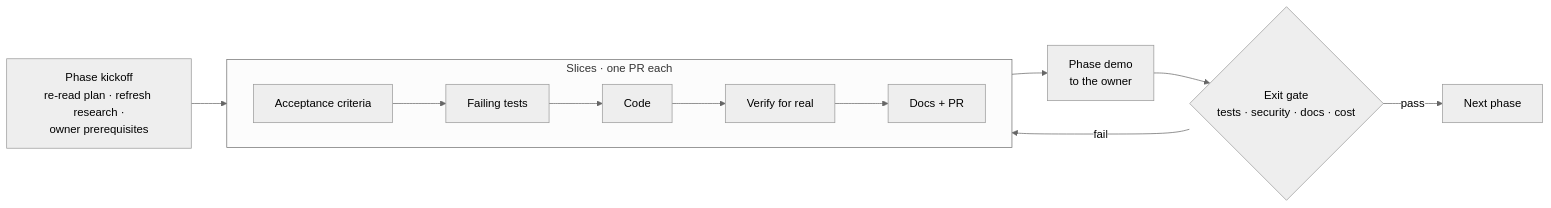
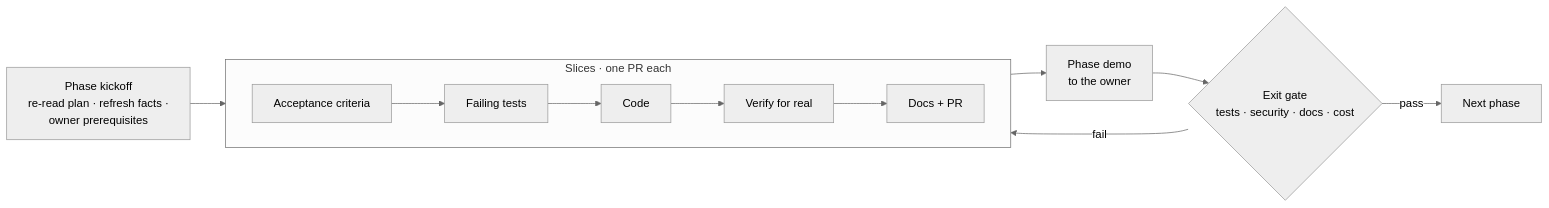
One commit to Tzvi1234/htco-platform changed the first of 2 diagrams in docs/plan/PLAN.md. Above: the diagram before and after it, drawn with Mermaid (neutral theme). The commit also changed other lines of this file and 99 other files, not shown here.

````diff
--- a/docs/plan/PLAN.md
+++ b/docs/plan/PLAN.md
@@ -16,12 +20,12 @@
 ```mermaid
 flowchart LR
-  start[Phase kickoff<br/>re-read plan · refresh research ·<br/>owner prerequisites] --> slices
+  start[Phase kickoff<br/>re-read plan · refresh facts ·<br/>owner prerequisites] --> slices
   subgraph slices[Slices · one PR each]
     direction LR
     s1[Acceptance criteria] --> s2[Failing tests] --> s3[Code] --> s4[Verify for real] --> s5[Docs + PR]
   end
   slices --> demo[Phase demo<br/>to the owner]
   demo --> gate{Exit gate<br/>tests · security · docs · cost}
   gate -->|pass| next[Next phase]
   gate -->|fail| slices
 ```
````
